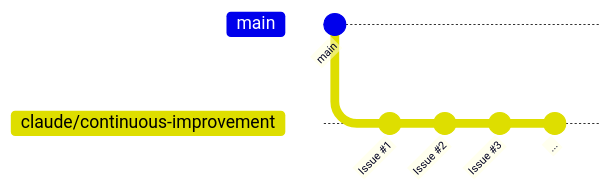
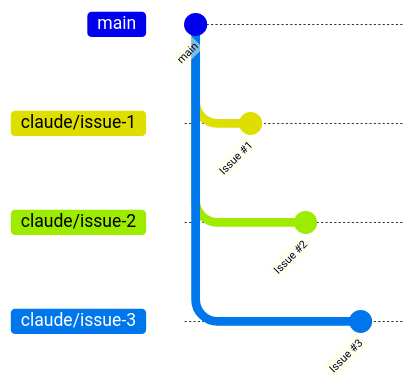
Before and after one commit to RyutoYoda/claude-continuous-loop: the third of 3 diagrams in docs/architecture.md, drawn with Mermaid. The commit also changed other lines of this file and 2 other files, not shown here.

````diff
--- a/docs/architecture.md
+++ b/docs/architecture.md
@@ -37,9 +57,12 @@
 ```mermaid
 gitGraph
     commit id: "main"
-    branch claude/continuous-improvement
+    branch claude/issue-1
     commit id: "Issue #1"
+    checkout main
+    branch claude/issue-2
     commit id: "Issue #2"
+    checkout main
+    branch claude/issue-3
     commit id: "Issue #3"
-    commit id: "..."
 ```
````
